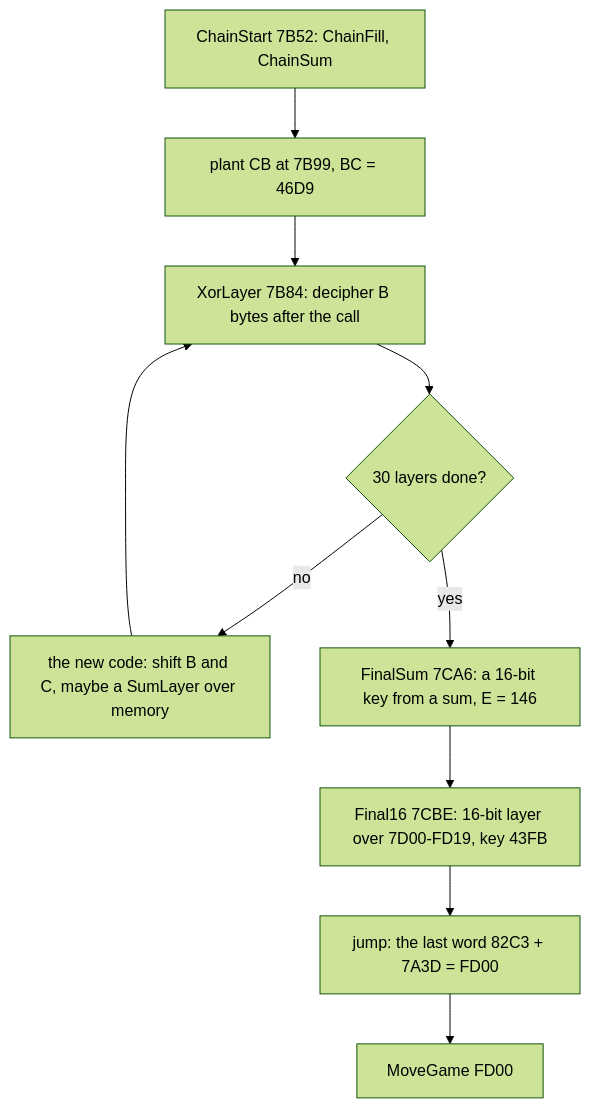
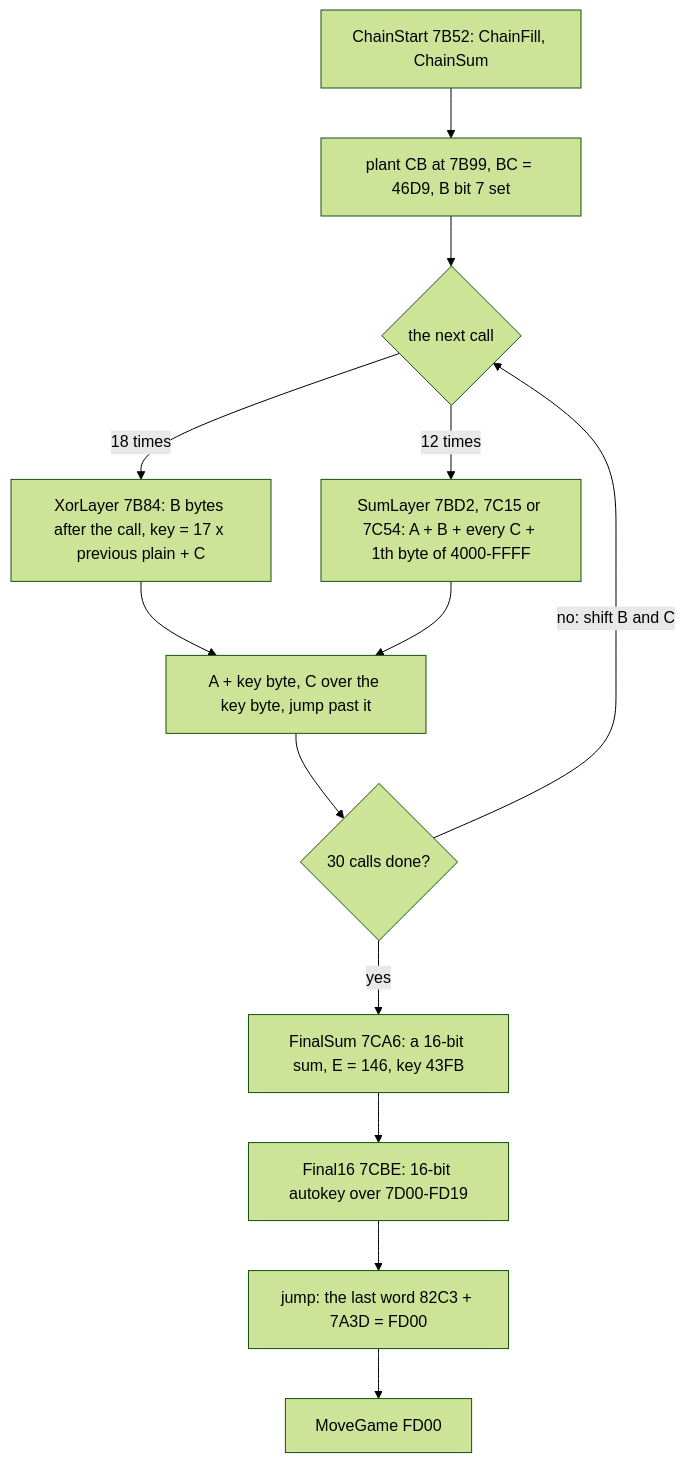
The sixth of 8 diagrams in games/deflektor/docs/03-build-and-load.md (alfishe/unrealng-reverse-cases), drawn with Mermaid (forest theme) before and after one commit. The commit also changed other lines of this file and 25 other files, not shown here.

Commit message:
kit: Deflektor gaps: no stub entries at snapshot roots mid-routine, @inline bytes keep names, writers_map uses EQU names, input check on every capture path, rs.py capture --stop/--expect, kit/z80sim.py; Deflektor docs 01-05 round 2 fixed (Final16 and XorLayer, autokey, 18 of 30 layers decrypt)

````diff
--- a/games/deflektor/docs/03-build-and-load.md
+++ b/games/deflektor/docs/03-build-and-load.md
@@ -549,12 +615,15 @@
 ```mermaid
 flowchart TD
-    A[ChainStart 7B52: ChainFill, ChainSum] --> B[plant CB at 7B99, BC = 46D9]
-    B --> C[XorLayer 7B84: decipher B bytes after the call]
-    C --> D{30 layers done?}
-    D -->|no| E[the new code: shift B and C, maybe a SumLayer over memory]
-    E --> C
-    D -->|yes| F[FinalSum 7CA6: a 16-bit key from a sum, E = 146]
-    F --> G[Final16 7CBE: 16-bit layer over 7D00-FD19, key 43FB]
+    A[ChainStart 7B52: ChainFill, ChainSum] --> B[plant CB at 7B99, BC = 46D9, B bit 7 set]
+    B --> C{the next call}
+    C -->|18 times| X[XorLayer 7B84: B bytes after the call, key = 17 x previous plain + C]
+    C -->|12 times| S[SumLayer 7BD2, 7C15 or 7C54: A + B + every C + 1th byte of 4000-FFFF]
+    X --> K[A + key byte, C over the key byte, jump past it]
+    S --> K
+    K --> D{30 calls done?}
+    D -->|no: shift B and C| C
+    D -->|yes| F[FinalSum 7CA6: a 16-bit sum, E = 146, key 43FB]
+    F --> G[Final16 7CBE: 16-bit autokey over 7D00-FD19]
     G --> H[jump: the last word 82C3 + 7A3D = FD00]
     H --> I[MoveGame FD00]
 ```
````
